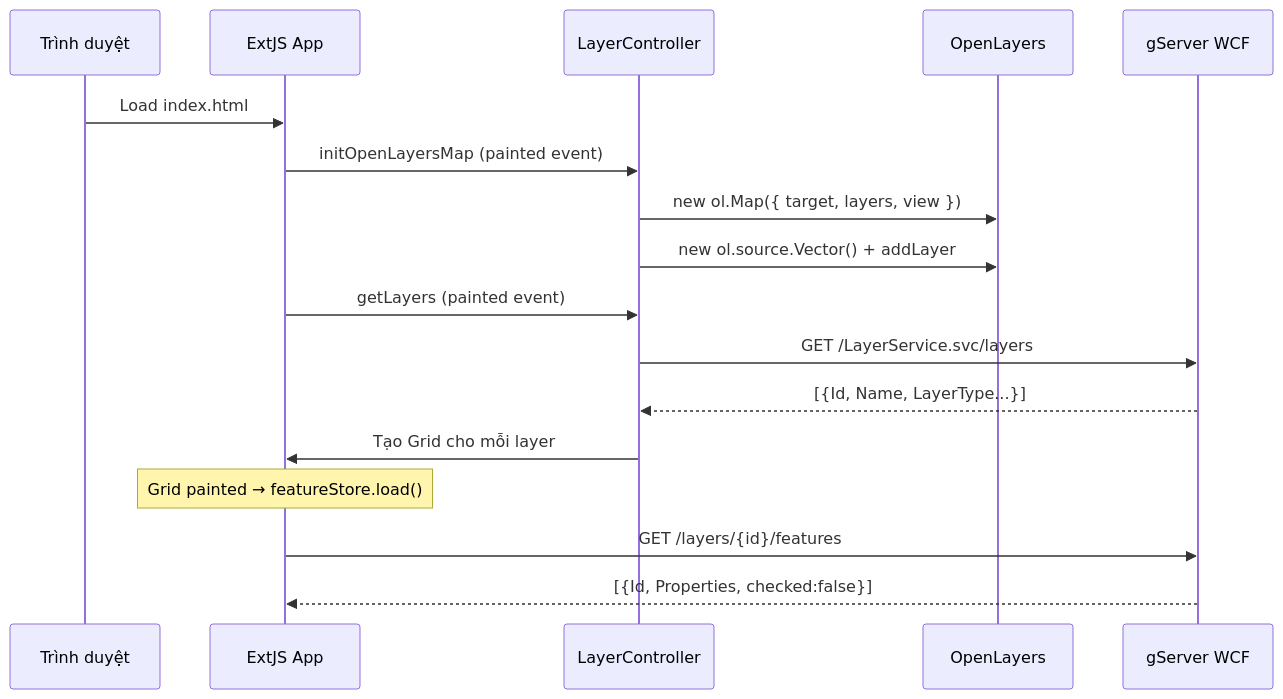
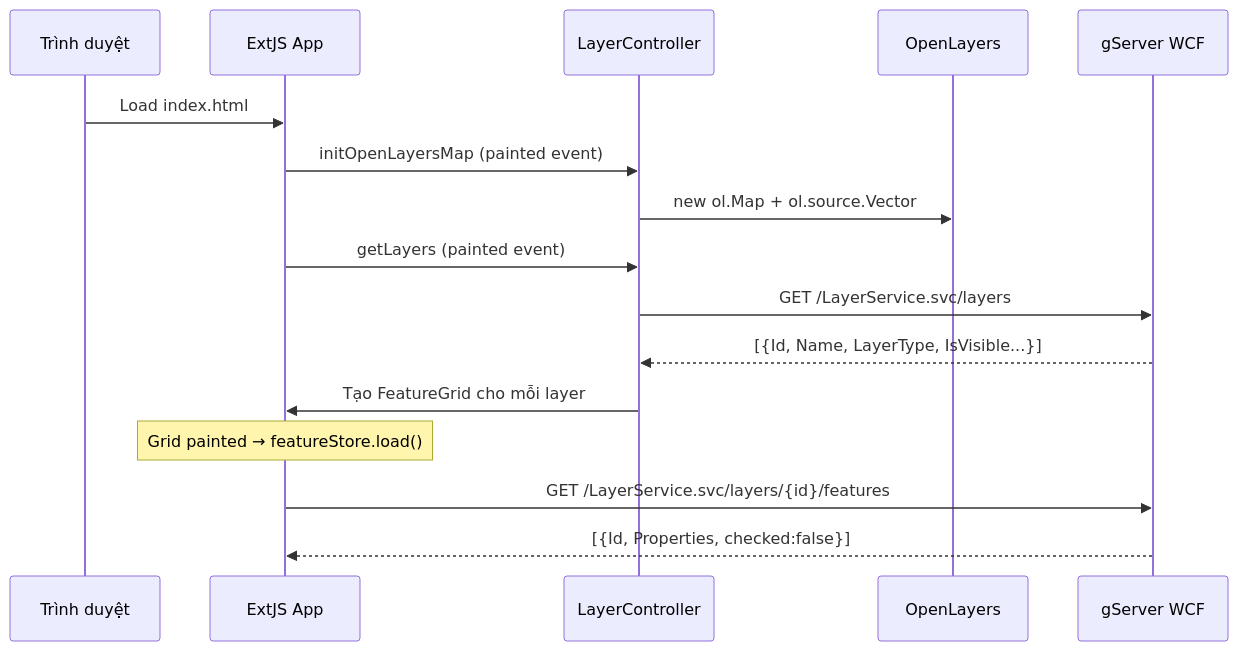
Before and after one commit to giangvanhung/gServer_0.0.1: the first of 6 diagrams in gServer_Introduction/docs/dataflow.md, drawn with Mermaid. The commit also changed other lines of this file and 91 other files, not shown here.

````diff
--- a/gServer_Introduction/docs/dataflow.md
+++ b/gServer_Introduction/docs/dataflow.md
@@ -5,21 +5,21 @@
 ```mermaid
 sequenceDiagram
     participant B as Trình duyệt
     participant E as ExtJS App
     participant LC as LayerController
     participant OL as OpenLayers
     participant WCF as gServer WCF
 
     B->>E: Load index.html
     E->>LC: initOpenLayersMap (painted event)
-    LC->>OL: new ol.Map({ target, layers, view })
-    LC->>OL: new ol.source.Vector() + addLayer
+    LC->>OL: new ol.Map + ol.source.Vector
 
     E->>LC: getLayers (painted event)
     LC->>WCF: GET /LayerService.svc/layers
-    WCF-->>LC: [{Id, Name, LayerType...}]
-    LC->>E: Tạo Grid cho mỗi layer
+    WCF-->>LC: [{Id, Name, LayerType, IsVisible...}]
+    LC->>E: Tạo FeatureGrid cho mỗi layer
+
     Note over E: Grid painted → featureStore.load()
-    E->>WCF: GET /layers/{id}/features
+    E->>WCF: GET /LayerService.svc/layers/{id}/features
     WCF-->>E: [{Id, Properties, checked:false}]
 ```
````
